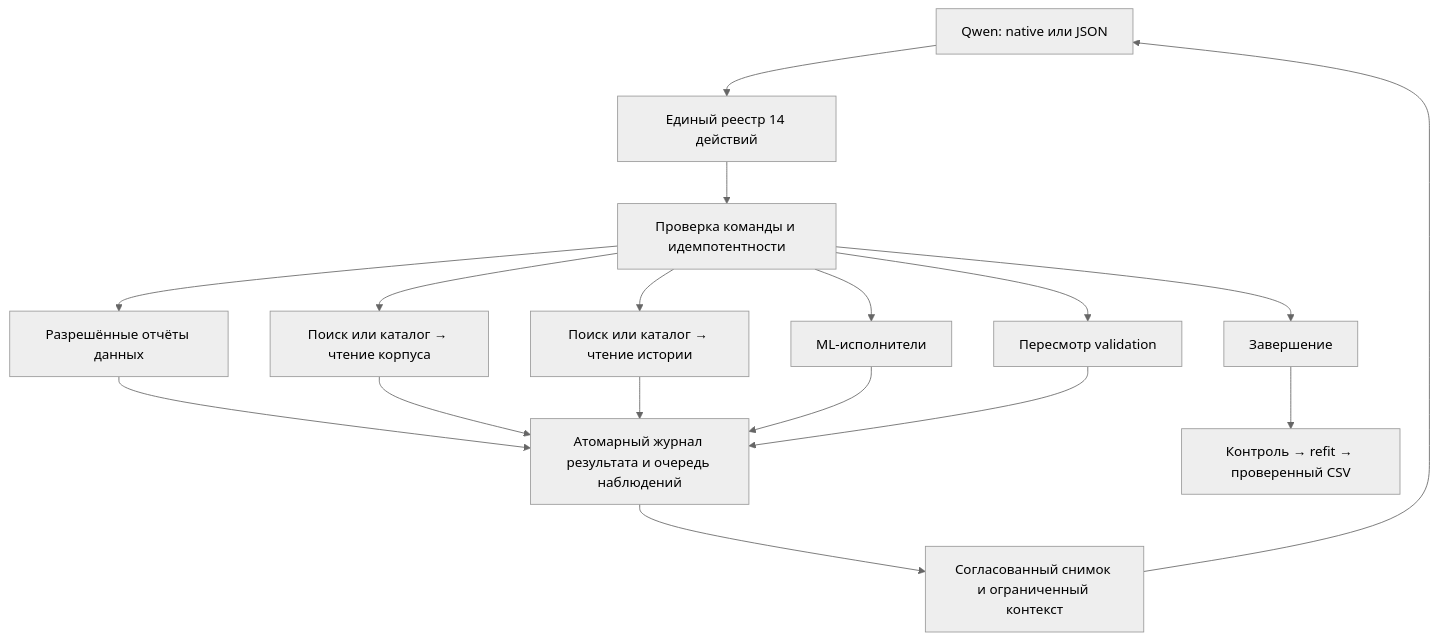
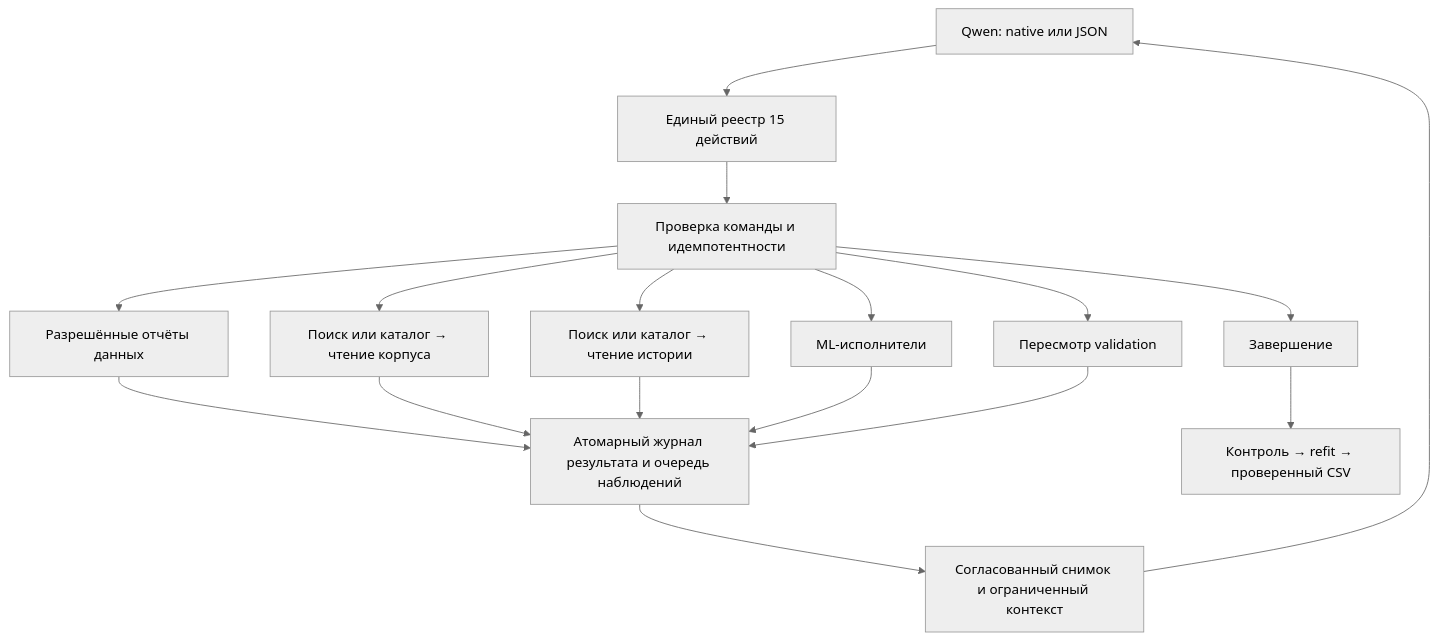
One commit to Elvsevolod/alpha-hack changed the diagram in docs/tool_api_v2.md. Above: the diagram before and after it, drawn with Mermaid (neutral theme). The commit also changed other lines of this file and 81 other files, not shown here.

````diff
--- a/docs/tool_api_v2.md
+++ b/docs/tool_api_v2.md
@@ -48,15 +63,15 @@
 ```mermaid
 flowchart TD
-    Q[Qwen: native или JSON] --> R[Единый реестр 14 действий]
+    Q[Qwen: native или JSON] --> R[Единый реестр 15 действий]
     R --> V[Проверка команды и идемпотентности]
     V --> D[Разрешённые отчёты данных]
     V --> K[Поиск или каталог → чтение корпуса]
     V --> H[Поиск или каталог → чтение истории]
     V --> M[ML-исполнители]
     V --> P[Пересмотр validation]
     V --> F[Завершение]
     D & K & H & M & P --> J[Атомарный журнал результата и очередь наблюдений]
     J --> C[Согласованный снимок и ограниченный контекст]
     C --> Q
     F --> CSV[Контроль → refit → проверенный CSV]
 ```
````
